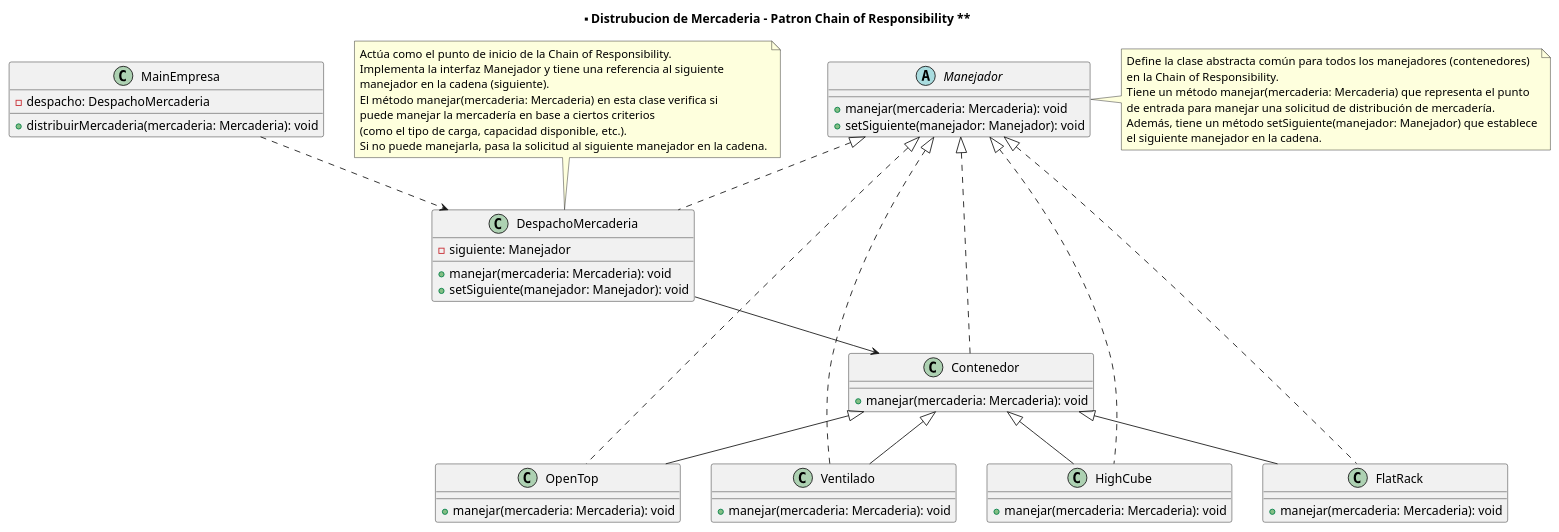
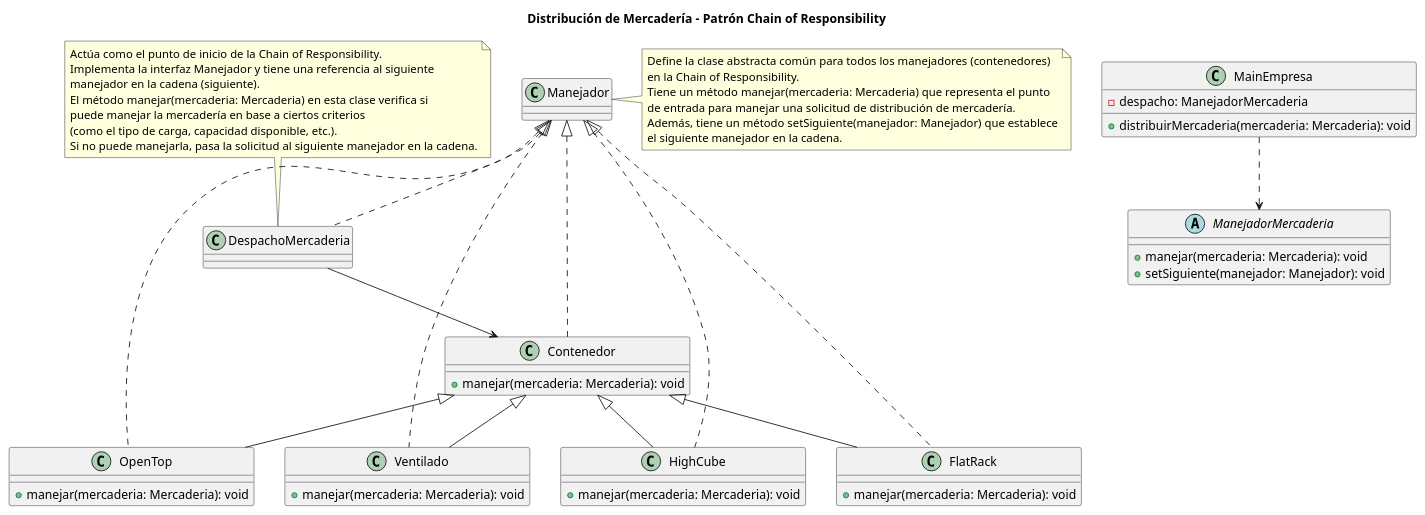
One commit to LMontes94/TP-Containers changed the diagram in Diagrama/DistribucionMercaderia.puml. Above: the diagram before and after it, drawn with PlantUML. The commit also changed 12 other files, not shown here.

Commit message:
Chain of Responsibility Mercaderia + diagrama

```diff
--- a/Diagrama/DistribucionMercaderia.puml
+++ b/Diagrama/DistribucionMercaderia.puml
@@ -1,78 +1,72 @@
 @startuml
 
-title ** Distrubucion de Mercaderia - Patron Chain of Responsibility **
+title **Distribución de Mercadería - Patrón Chain of Responsibility**
 
-abstract class Manejador {
-    + manejar(mercaderia: Mercaderia): void
-    + setSiguiente(manejador: Manejador): void
-}
-
-class DespachoMercaderia {
-    - siguiente: Manejador
+abstract class ManejadorMercaderia {
     + manejar(mercaderia: Mercaderia): void
     + setSiguiente(manejador: Manejador): void
 }
 
 class Contenedor {
     + manejar(mercaderia: Mercaderia): void
 }
 
 class Ventilado {
     + manejar(mercaderia: Mercaderia): void
 }
 
 class HighCube {
     + manejar(mercaderia: Mercaderia): void
 }
 
 class FlatRack {
     + manejar(mercaderia: Mercaderia): void
 }
 
 class OpenTop {
     + manejar(mercaderia: Mercaderia): void
 }
 
 class MainEmpresa {
-    - despacho: DespachoMercaderia
+    - despacho: ManejadorMercaderia
     + distribuirMercaderia(mercaderia: Mercaderia): void
 }
 
 ' relaciones 
 
-MainEmpresa ..> DespachoMercaderia
+MainEmpresa ..> ManejadorMercaderia
 
 DespachoMercaderia --> Contenedor
 Contenedor <|-- Ventilado
 Contenedor <|-- HighCube
 Contenedor <|-- FlatRack
 Contenedor <|-- OpenTop
 
 Manejador <|.. DespachoMercaderia
 Manejador <|.. Contenedor
 Manejador <|.. Ventilado
 Manejador <|.. HighCube
 Manejador <|.. FlatRack
 Manejador <|.. OpenTop
 
 ' notas
 
 note right of Manejador
 Define la clase abstracta común para todos los manejadores (contenedores)
 en la Chain of Responsibility. 
 Tiene un método manejar(mercaderia: Mercaderia) que representa el punto
 de entrada para manejar una solicitud de distribución de mercadería.
 Además, tiene un método setSiguiente(manejador: Manejador) que establece
 el siguiente manejador en la cadena.
 end note 
 
 note top of DespachoMercaderia
 Actúa como el punto de inicio de la Chain of Responsibility. 
 Implementa la interfaz Manejador y tiene una referencia al siguiente
 manejador en la cadena (siguiente). 
 El método manejar(mercaderia: Mercaderia) en esta clase verifica si 
 puede manejar la mercadería en base a ciertos criterios 
 (como el tipo de carga, capacidad disponible, etc.). 
 Si no puede manejarla, pasa la solicitud al siguiente manejador en la cadena.
 end note
 @enduml
```
